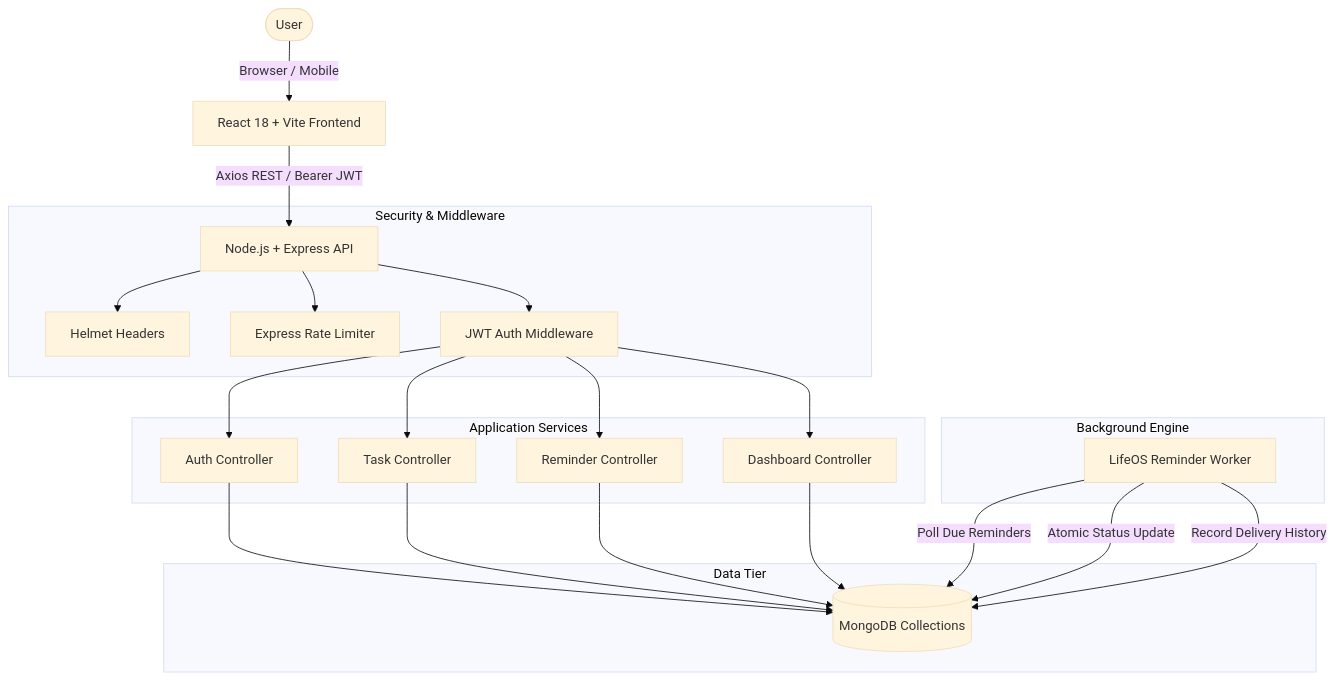
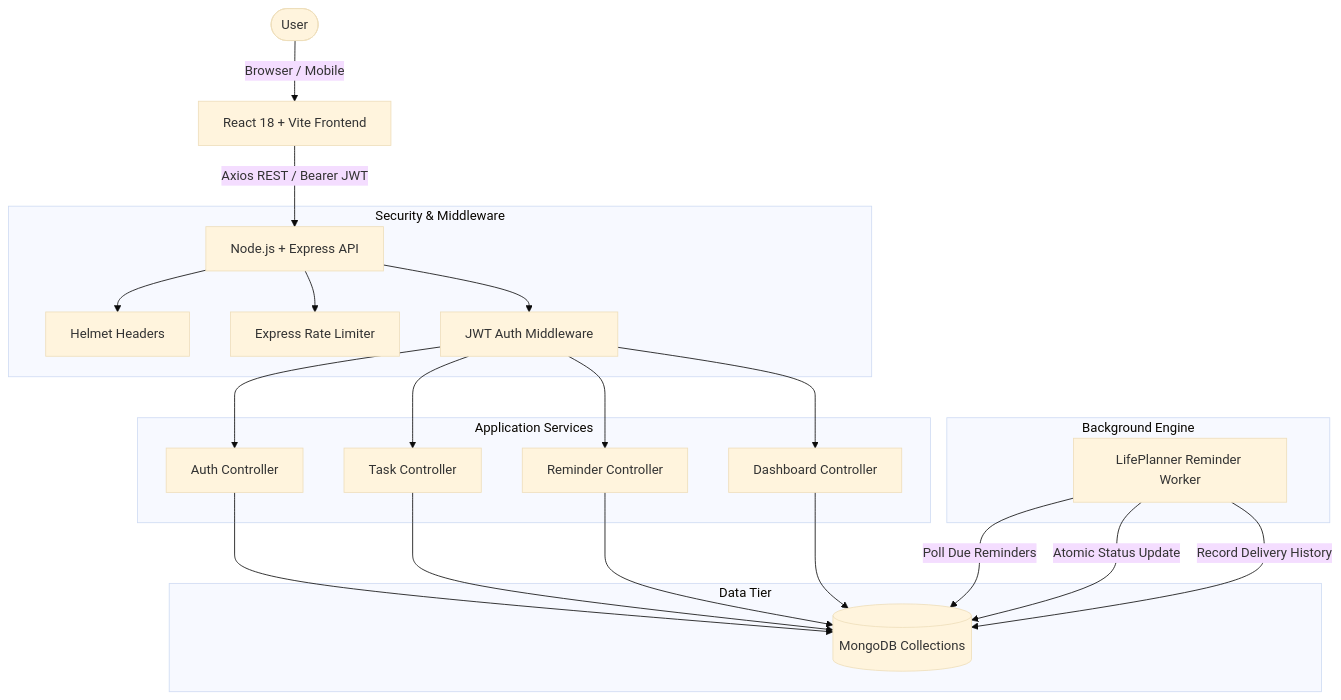
The diagram in README.md (Ganesh-Aroda-C/LifePlanner), drawn with Mermaid (base theme) before and after one commit. The commit also changed other lines of this file and 32 other files, not shown here.

Commit message:
refactor: rename LifeOS to LifePlanner across entire project

````diff
--- a/README.md
+++ b/README.md
@@ -61,31 +61,31 @@
 ```mermaid
 flowchart TD
     User([User]) -->|Browser / Mobile| Client[React 18 + Vite Frontend]
     Client -->|Axios REST / Bearer JWT| Server[Node.js + Express API]
 
     subgraph Security[Security & Middleware]
         Server --> Helmet[Helmet Headers]
         Server --> RateLimit[Express Rate Limiter]
         Server --> AuthCheck[JWT Auth Middleware]
     end
 
     subgraph Core[Application Services]
         AuthCheck --> AuthCtrl[Auth Controller]
         AuthCheck --> TaskCtrl[Task Controller]
         AuthCheck --> RemindCtrl[Reminder Controller]
         AuthCheck --> DashCtrl[Dashboard Controller]
     end
 
     subgraph Database[Data Tier]
         AuthCtrl --> Mongo[(MongoDB Collections)]
         TaskCtrl --> Mongo
         RemindCtrl --> Mongo
         DashCtrl --> Mongo
     end
 
     subgraph Engine[Background Engine]
-        ReminderWorker[LifeOS Reminder Worker] -->|Poll Due Reminders| Mongo
+        ReminderWorker[LifePlanner Reminder Worker] -->|Poll Due Reminders| Mongo
         ReminderWorker -->|Atomic Status Update| Mongo
         ReminderWorker -->|Record Delivery History| Mongo
     end
 ```
````
